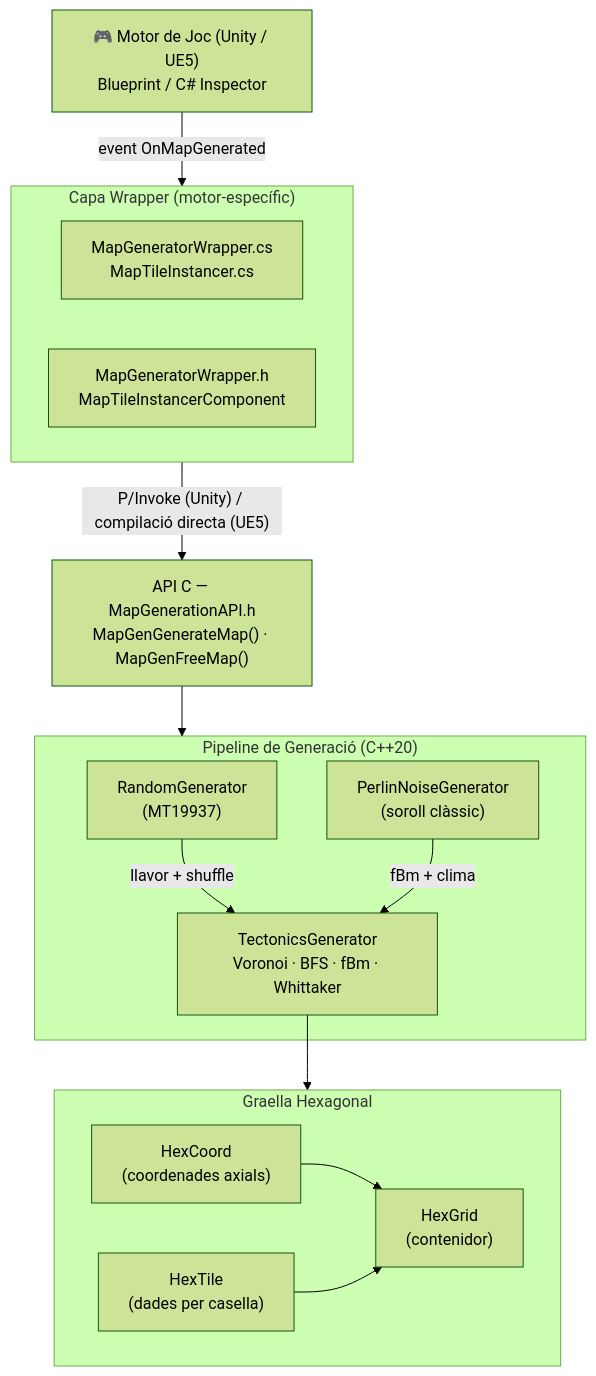
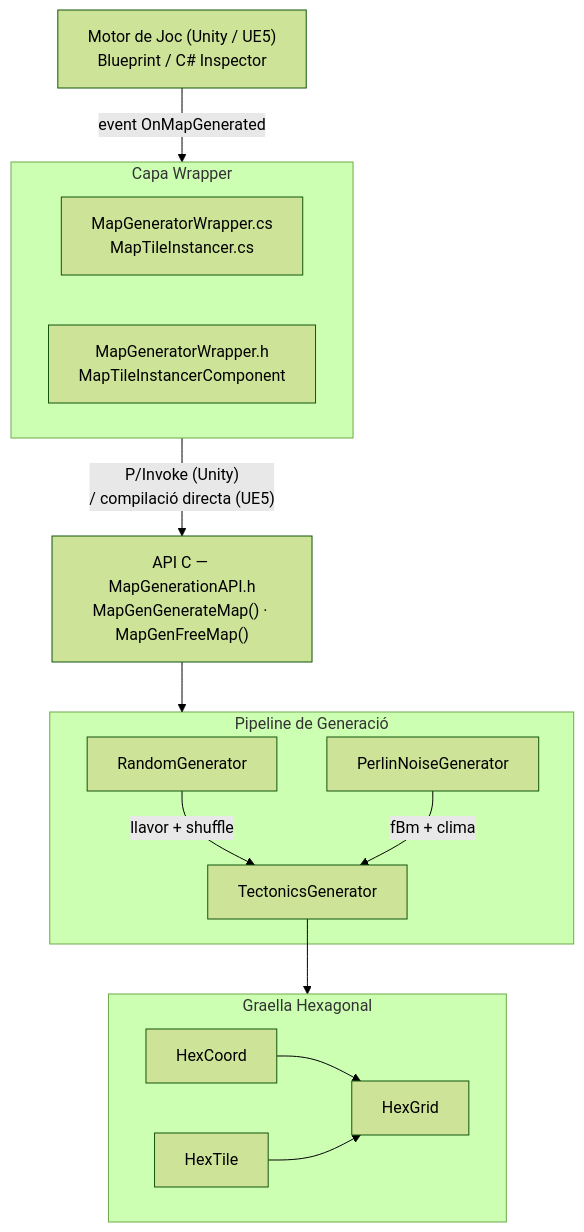
The first of 2 diagrams in README.md (joeljoanlopez/Civ-Plugin), drawn with Mermaid (forest theme) before and after one commit. The commit also changed other lines of this file, not shown here.

````diff
--- a/README.md
+++ b/README.md
@@ -42,31 +42,31 @@
 ```mermaid
 flowchart TD
-    A["🎮 Motor de Joc (Unity / UE5)\nBlueprint / C# Inspector"]
+    A["Motor de Joc (Unity / UE5)\nBlueprint / C# Inspector"]
 
-    subgraph WRAPPER["Capa Wrapper (motor-específic)"]
+    subgraph WRAPPER["Capa Wrapper"]
         B1["MapGeneratorWrapper.cs\nMapTileInstancer.cs"]
         B2["MapGeneratorWrapper.h\nMapTileInstancerComponent"]
     end
 
     C["API C — MapGenerationAPI.h\nMapGenGenerateMap() · MapGenFreeMap()"]
 
-    subgraph PIPELINE["Pipeline de Generació (C++20)"]
-        D1["RandomGenerator\n(MT19937)"]
-        D2["PerlinNoiseGenerator\n(soroll clàssic)"]
-        E["TectonicsGenerator\nVoronoi · BFS · fBm · Whittaker"]
+    subgraph PIPELINE["Pipeline de Generació"]
+        D1["RandomGenerator"]
+        D2["PerlinNoiseGenerator"]
+        E["TectonicsGenerator"]
     end
 
     subgraph GRID["Graella Hexagonal"]
-        F1["HexCoord\n(coordenades axials)"]
-        F2["HexTile\n(dades per casella)"]
-        G["HexGrid\n(contenidor)"]
+        F1["HexCoord"]
+        F2["HexTile"]
+        G["HexGrid"]
     end
 
     A -->|"event OnMapGenerated"| WRAPPER
-    WRAPPER -->|"P/Invoke (Unity) / compilació directa (UE5)"| C
+    WRAPPER -->|"P/Invoke (Unity)\n/ compilació directa (UE5)"| C
     C --> PIPELINE
     D1 -->|"llavor + shuffle"| E
     D2 -->|"fBm + clima"| E
     E --> GRID
     F1 & F2 --> G
 ```
````
